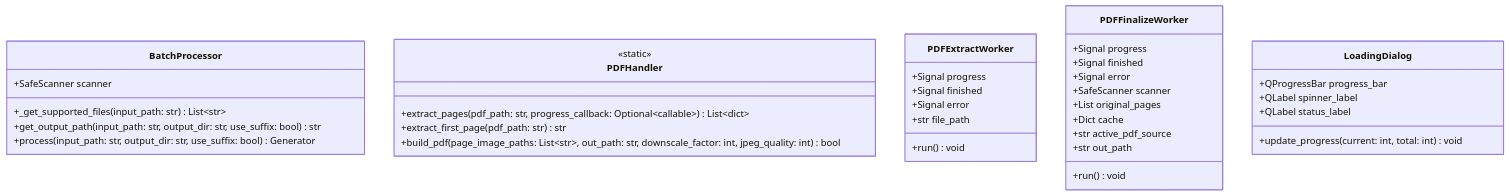
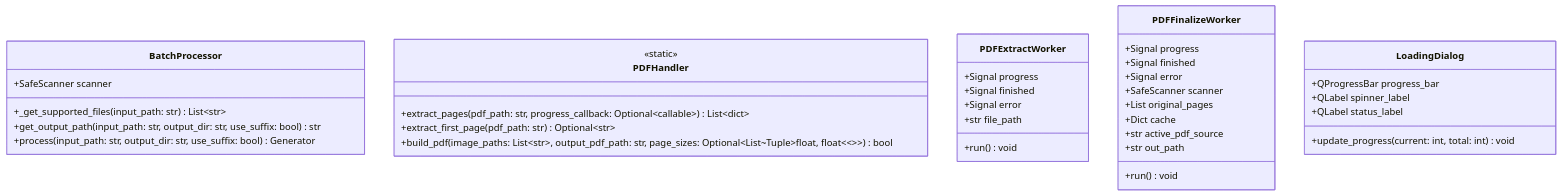
The second of 3 diagrams in docs/architecture/uml_classes.md (FurqanHun/SafeMARC), drawn with Mermaid before and after one commit. The commit also changed other lines of this file and 8 other files, not shown here.

Commit message:
docs: sync architecture, workflows, and shortcuts with code

````diff
--- a/docs/architecture/uml_classes.md
+++ b/docs/architecture/uml_classes.md
@@ -107,45 +116,45 @@
 ```mermaid
 classDiagram
     direction TB
 
     class BatchProcessor {
         +SafeScanner scanner
         +_get_supported_files(input_path: str) List~str~
         +get_output_path(input_path: str, output_dir: str, use_suffix: bool) str
         +process(input_path: str, output_dir: str, use_suffix: bool) Generator
     }
 
     class PDFHandler {
         <<static>>
         +extract_pages(pdf_path: str, progress_callback: Optional~callable~) List~dict~
-        +extract_first_page(pdf_path: str) str
-        +build_pdf(page_image_paths: List~str~, out_path: str, downscale_factor: int, jpeg_quality: int) bool
+        +extract_first_page(pdf_path: str) Optional~str~
+        +build_pdf(image_paths: List~str~, output_pdf_path: str, page_sizes: Optional~List~Tuple~float, float~~~~) bool
     }
 
     class PDFExtractWorker {
         +Signal progress
         +Signal finished
         +Signal error
         +str file_path
         +run() void
     }
 
     class PDFFinalizeWorker {
         +Signal progress
         +Signal finished
         +Signal error
         +SafeScanner scanner
         +List original_pages
         +Dict cache
         +str active_pdf_source
         +str out_path
         +run() void
     }
 
     class LoadingDialog {
         +QProgressBar progress_bar
         +QLabel spinner_label
         +QLabel status_label
         +update_progress(current: int, total: int) void
     }
 ```
````
